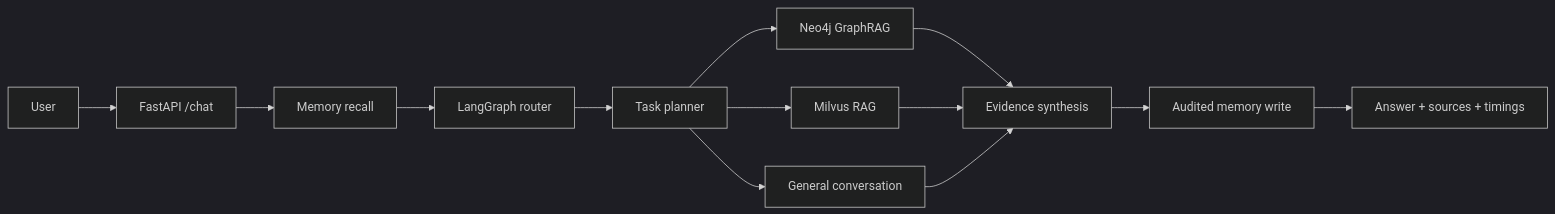
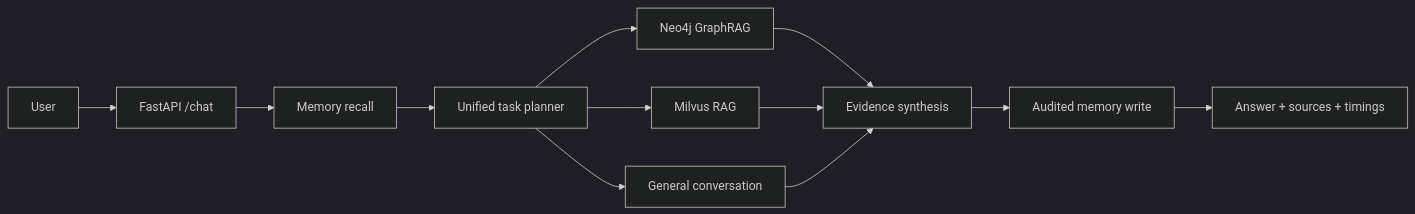
The diagram in README.md (y7sssssss/RiceGod), drawn with Mermaid (dark theme) before and after one commit. The commit also changed other lines of this file and 63 other files, not shown here.

````diff
--- a/README.md
+++ b/README.md
@@ -56,15 +58,14 @@
 ```mermaid
 flowchart LR
     U[User] --> API[FastAPI /chat]
     API --> M[Memory recall]
-    M --> R[LangGraph router]
-    R --> P[Task planner]
+    M --> P[Unified task planner]
     P --> G[Neo4j GraphRAG]
     P --> V[Milvus RAG]
     P --> C[General conversation]
     G --> A[Evidence synthesis]
     V --> A
     C --> A
     A --> W[Audited memory write]
     W --> O[Answer + sources + timings]
 ```
````
